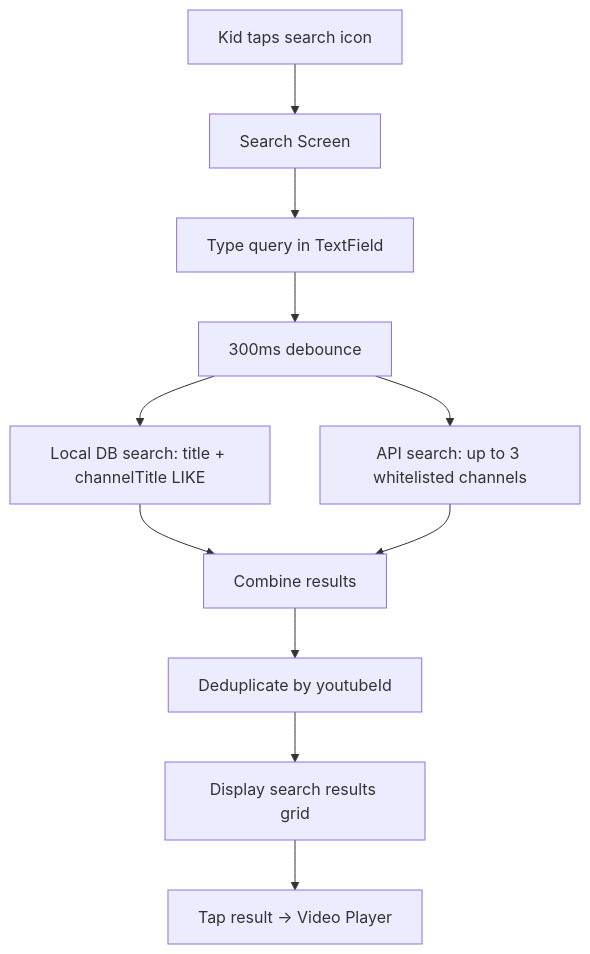
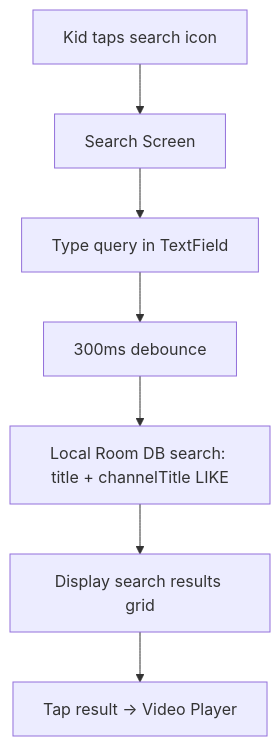
Before and after one commit to degipe/YouTubeWhitelist: the fifth of 5 diagrams in docs/FS.md, drawn with Mermaid. The commit also changed other lines of this file and 14 other files, not shown here.

````diff
--- a/docs/FS.md
+++ b/docs/FS.md
@@ -343,13 +342,9 @@
 ```mermaid
 flowchart TD
     A[Kid taps search icon] --> B[Search Screen]
     B --> C[Type query in TextField]
     C --> D[300ms debounce]
-    D --> E[Local DB search: title + channelTitle LIKE]
-    D --> F[API search: up to 3 whitelisted channels]
-    E --> G[Combine results]
-    F --> G
-    G --> H[Deduplicate by youtubeId]
-    H --> I[Display search results grid]
-    I --> J[Tap result → Video Player]
+    D --> E[Local Room DB search: title + channelTitle LIKE]
+    E --> F[Display search results grid]
+    F --> G[Tap result → Video Player]
 ```
````
